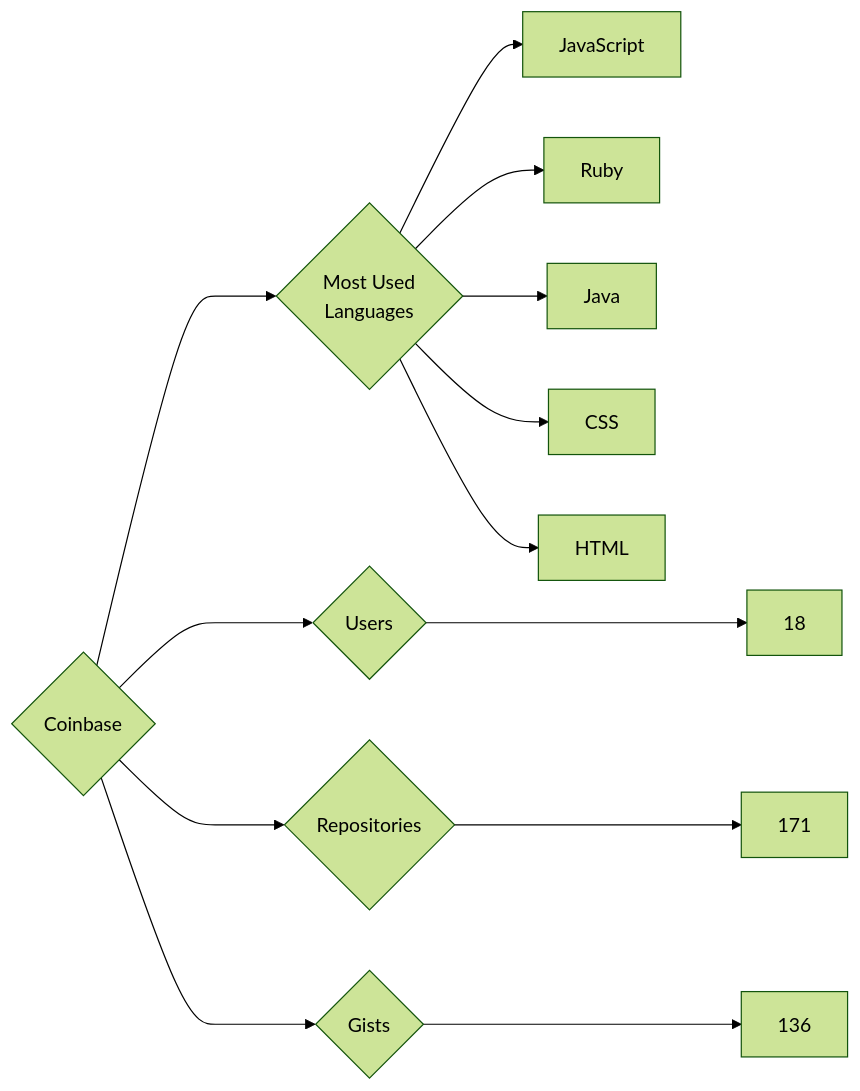
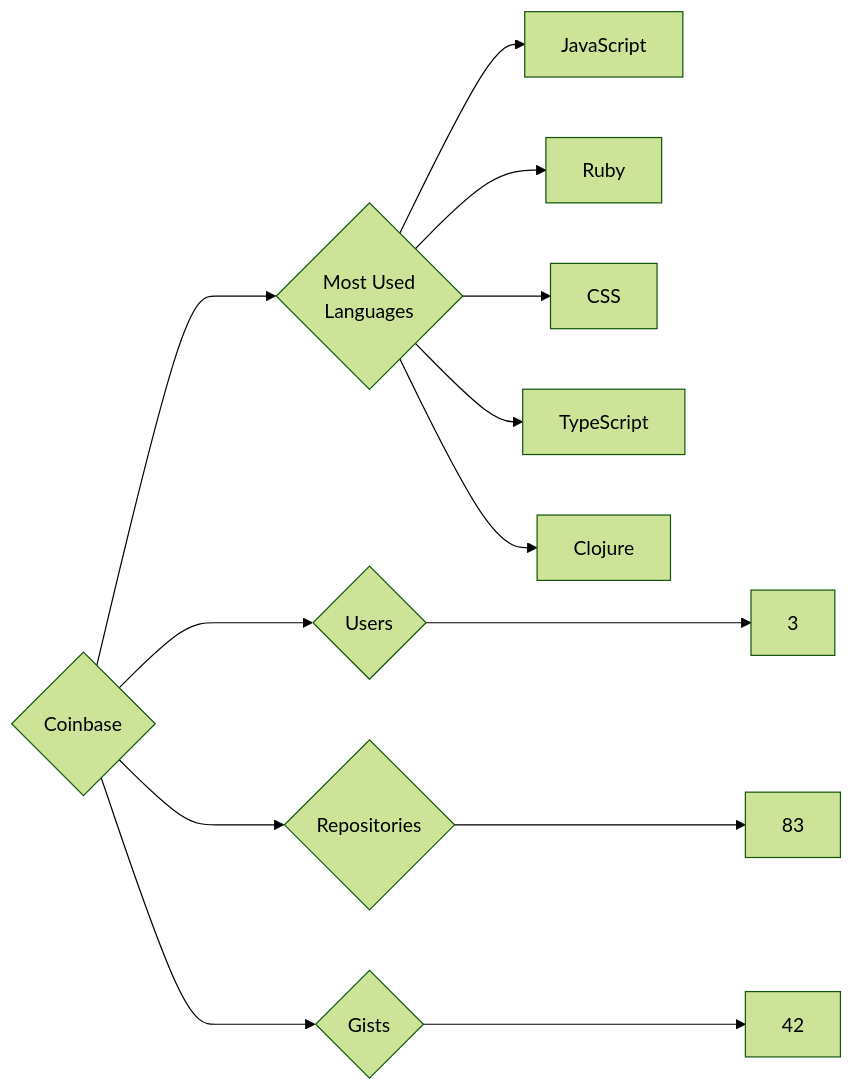
One commit to trickest/insiders changed the diagram in targets/Coinbase/README.md. Above: the diagram before and after it, drawn with Mermaid (forest theme). The commit also changed 750 other files, not shown here.

````diff
--- a/targets/Coinbase/README.md
+++ b/targets/Coinbase/README.md
@@ -3,13 +3,13 @@
 ```mermaid
 graph LR
 COMPANY_NAME{Coinbase}
-COMPANY_NAME ---> U{Users} ---> UN[18]
-COMPANY_NAME ---> R{Repositories} ---> RN[171]
-COMPANY_NAME ---> G{Gists} ---> GN[136]
+COMPANY_NAME ---> U{Users} ---> UN[3]
+COMPANY_NAME ---> R{Repositories} ---> RN[83]
+COMPANY_NAME ---> G{Gists} ---> GN[42]
 COMPANY_NAME ---> ML{Most Used<br>Languages}
 ML --> JavaScript[JavaScript]
 ML --> Ruby[Ruby]
-ML --> Java[Java]
 ML --> CSS[CSS]
-ML --> HTML[HTML]
+ML --> TypeScript[TypeScript]
+ML --> Clojure[Clojure]
 ```
````
